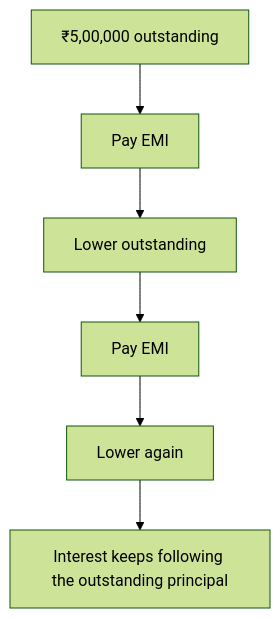
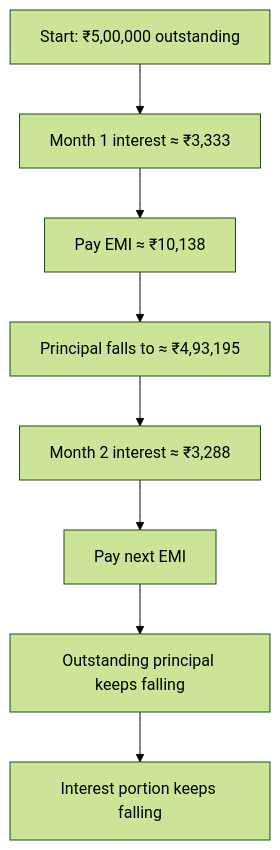
The fourth of 13 diagrams in src/content/blog/complete-loan-guide.md (actionanand/arblogz), drawn with Mermaid (forest theme) before and after one commit. The commit also changed other lines of this file, not shown here.

````diff
--- a/src/content/blog/complete-loan-guide.md
+++ b/src/content/blog/complete-loan-guide.md
@@ -320,8 +467,10 @@
 ```mermaid
 flowchart TB
-    A[₹5,00,000 outstanding] --> B[Pay EMI]
-    B --> C[Lower outstanding]
-    C --> D[Pay EMI]
-    D --> E[Lower again]
-    E --> F[Interest keeps following the outstanding principal]
+    A[Start: ₹5,00,000 outstanding] --> B[Month 1 interest ≈ ₹3,333]
+    B --> C[Pay EMI ≈ ₹10,138]
+    C --> D[Principal falls to ≈ ₹4,93,195]
+    D --> E[Month 2 interest ≈ ₹3,288]
+    E --> F[Pay next EMI]
+    F --> G[Outstanding principal keeps falling]
+    G --> H[Interest portion keeps falling]
 ```
````
